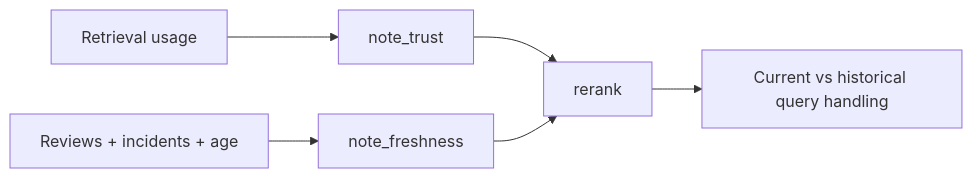
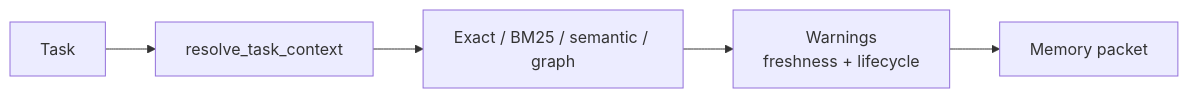
Before and after one commit to Jianyu010/MnemonicOS: the fourth of 8 diagrams in README.md, drawn with Mermaid. The commit also changed other lines of this file and 15 other files, not shown here.

````diff
--- a/README.md
+++ b/README.md
@@ -96,8 +123,7 @@
 ```mermaid
 flowchart LR
-    U["Retrieval usage"] --> T["note_trust"]
-    R["Reviews + incidents + age"] --> F["note_freshness"]
-    T --> X["rerank"]
-    F --> X
-    X --> Q["Current vs historical query handling"]
+    Q["Task"] --> R["resolve_task_context"]
+    R --> E["Exact / BM25 / semantic / graph"]
+    E --> W["Warnings<br/>freshness + lifecycle"]
+    W --> P["Memory packet"]
 ```
````
